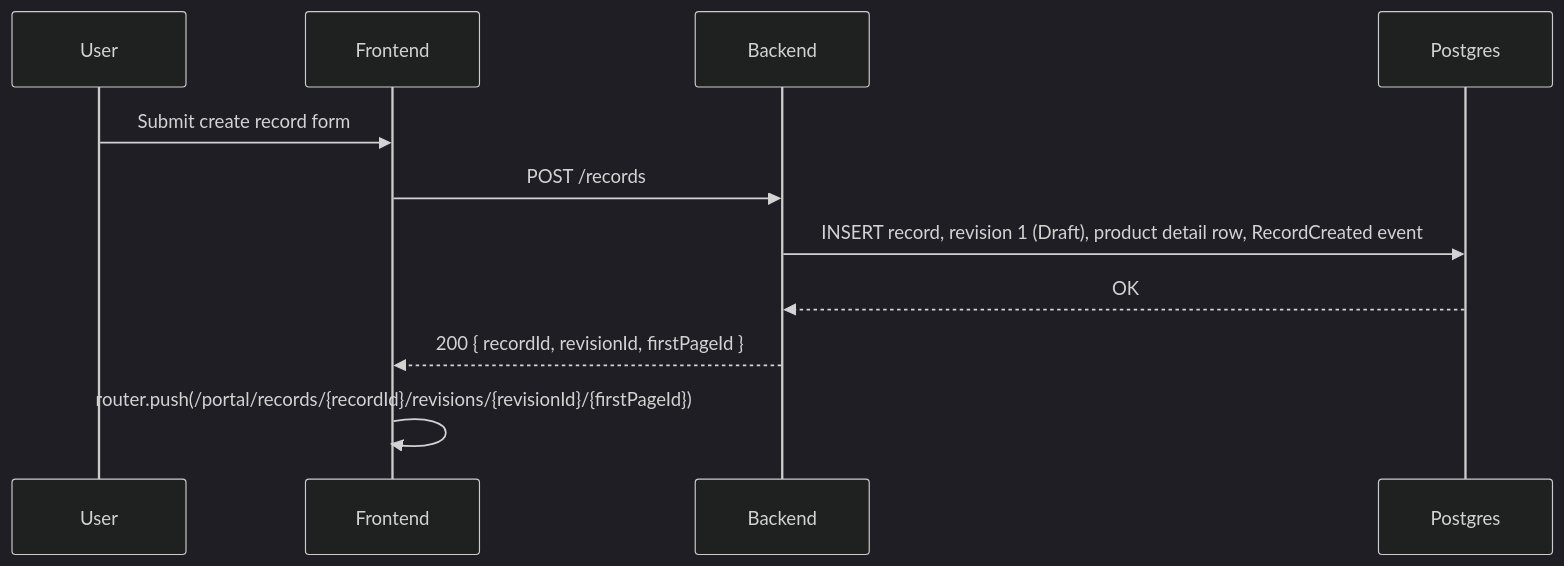
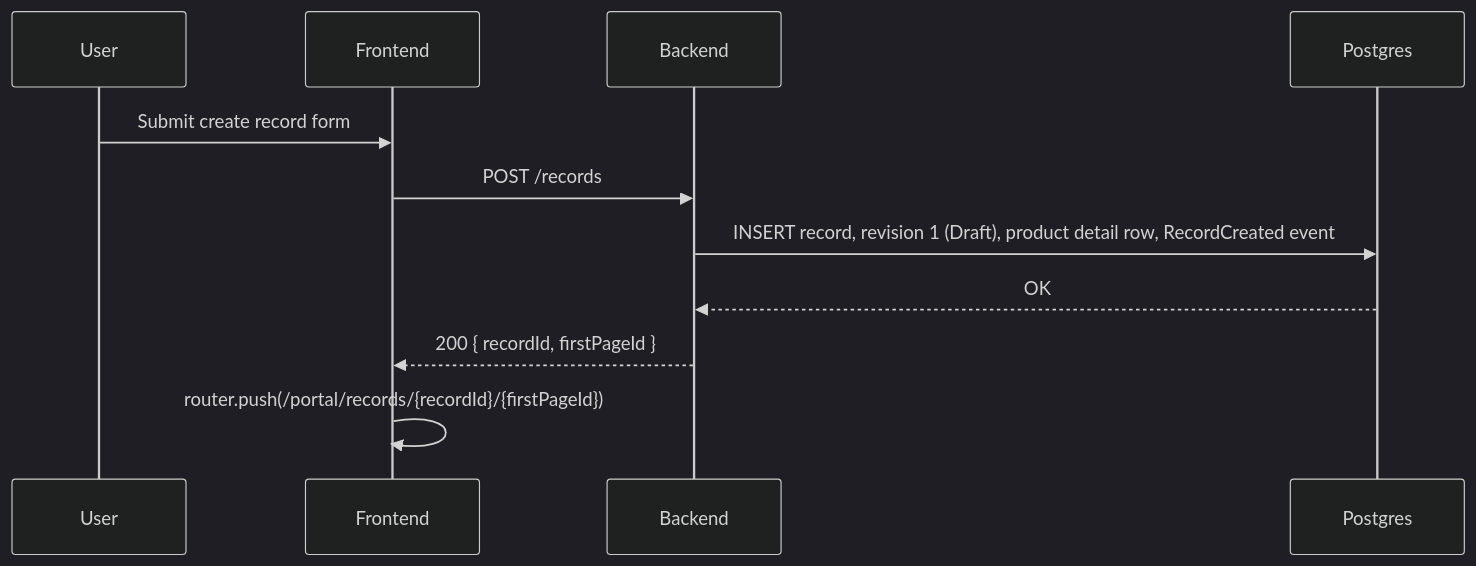
Before and after one commit to ditnice/aws-UKPS: the fourth of 6 diagrams in documentation/form-generation/high-level-design.md, drawn with Mermaid (dark theme). The commit also changed other lines of this file and 33 other files, not shown here.

Commit message:
Resolve the record's latest revision server-side and remove revisionId from form URLs and record API responses

````diff
--- a/documentation/form-generation/high-level-design.md
+++ b/documentation/form-generation/high-level-design.md
@@ -431,13 +431,13 @@
 ```mermaid
 sequenceDiagram
     participant U as User
     participant F as Frontend
     participant B as Backend
     participant P as Postgres
     U->>F: Submit create record form
     F->>B: POST /records
     B->>P: INSERT record, revision 1 (Draft), product detail row, RecordCreated event
     P-->>B: OK
-    B-->>F: 200 { recordId, revisionId, firstPageId }
-    F->>F: router.push(/portal/records/{recordId}/revisions/{revisionId}/{firstPageId})
+    B-->>F: 200 { recordId, firstPageId }
+    F->>F: router.push(/portal/records/{recordId}/{firstPageId})
 ```
````
